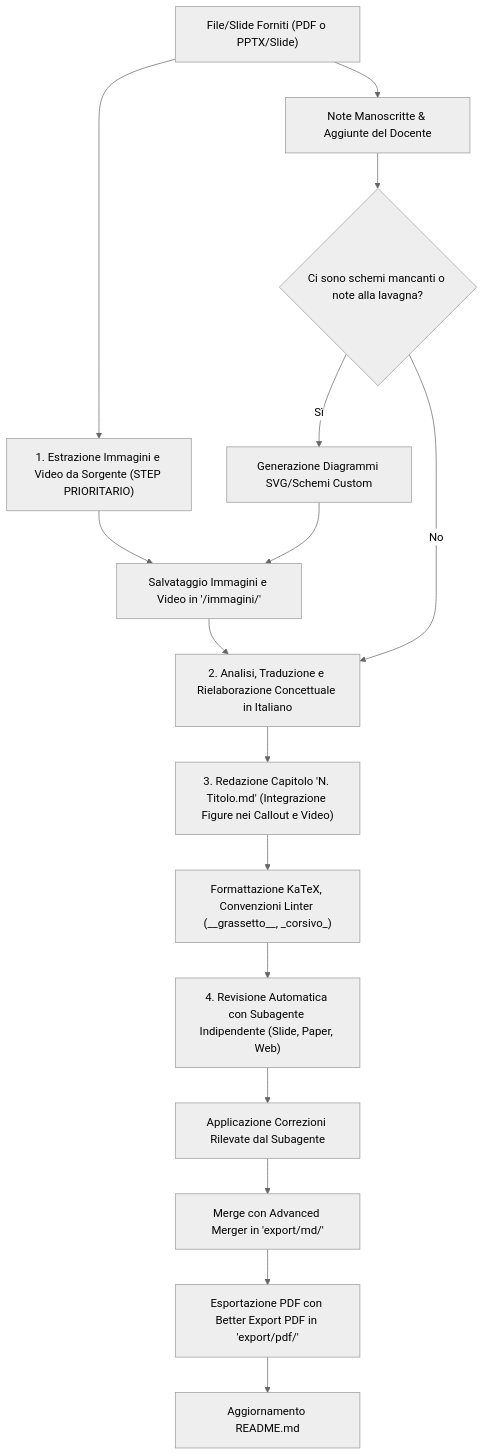
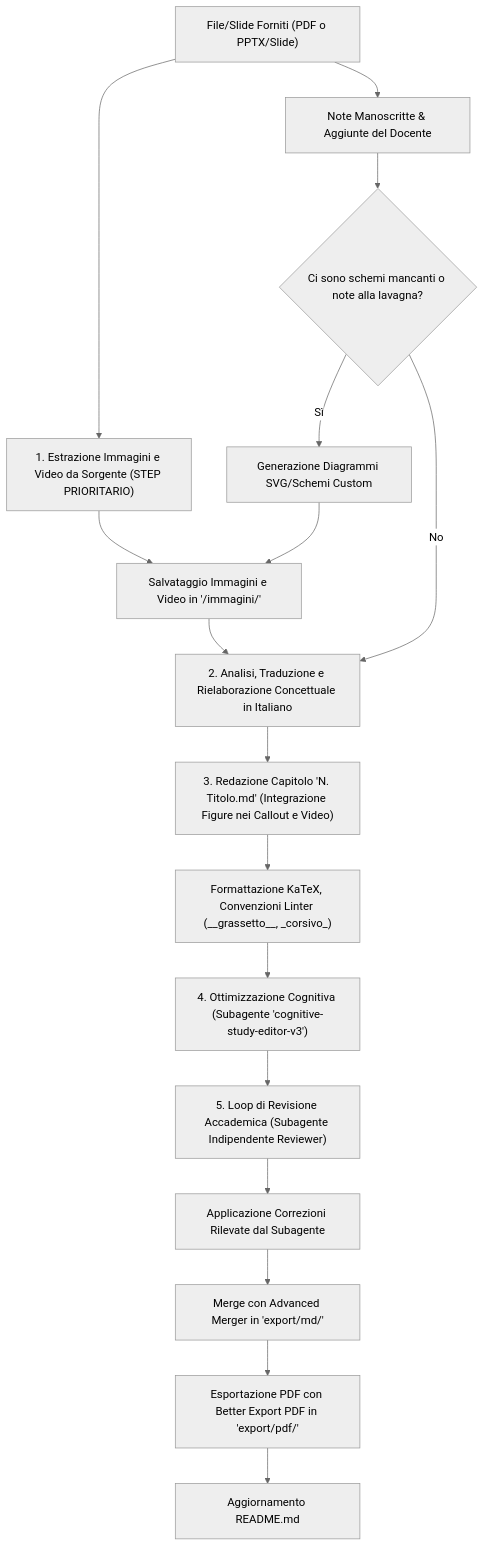
The diagram in STRUTTURA_E_GUIDA_APPUNTI.md (michelevantaggi02/Magistrale), drawn with Mermaid (neutral theme) before and after one commit. The commit also changed other lines of this file and 37 other files, not shown here.

````diff
--- a/STRUTTURA_E_GUIDA_APPUNTI.md
+++ b/STRUTTURA_E_GUIDA_APPUNTI.md
@@ -388,18 +388,19 @@
 ```mermaid
 flowchart TD
     A["File/Slide Forniti (PDF o PPTX/Slide)"] --> B["1. Estrazione Immagini e Video da Sorgente (STEP PRIORITARIO)"]
     B --> C["Salvataggio Immagini e Video in '<Materia>/immagini/'"]
     A --> D["Note Manoscritte & Aggiunte del Docente"]
     D --> E{"Ci sono schemi mancanti o note alla lavagna?"}
     E -- "Sì" --> F["Generazione Diagrammi SVG/Schemi Custom"]
     F --> C
     E -- "No" --> G["2. Analisi, Traduzione e Rielaborazione Concettuale in Italiano"]
     C --> G
     G --> H["3. Redazione Capitolo 'N. Titolo.md' (Integrazione Figure nei Callout e Video)"]
     H --> I["Formattazione KaTeX, Convenzioni Linter (__grassetto__, _corsivo_)"]
-    I --> R["4. Revisione Automatica con Subagente Indipendente (Slide, Paper, Web)"]
+    I --> O["4. Ottimizzazione Cognitiva (Subagente 'cognitive-study-editor-v3')"]
+    O --> R["5. Loop di Revisione Accademica (Subagente Indipendente Reviewer)"]
     R --> S["Applicazione Correzioni Rilevate dal Subagente"]
     S --> L["Merge con Advanced Merger in 'export/md/'"]
     L --> M["Esportazione PDF con Better Export PDF in 'export/pdf/'"]
     M --> N["Aggiornamento README.md"]
 ```
````
